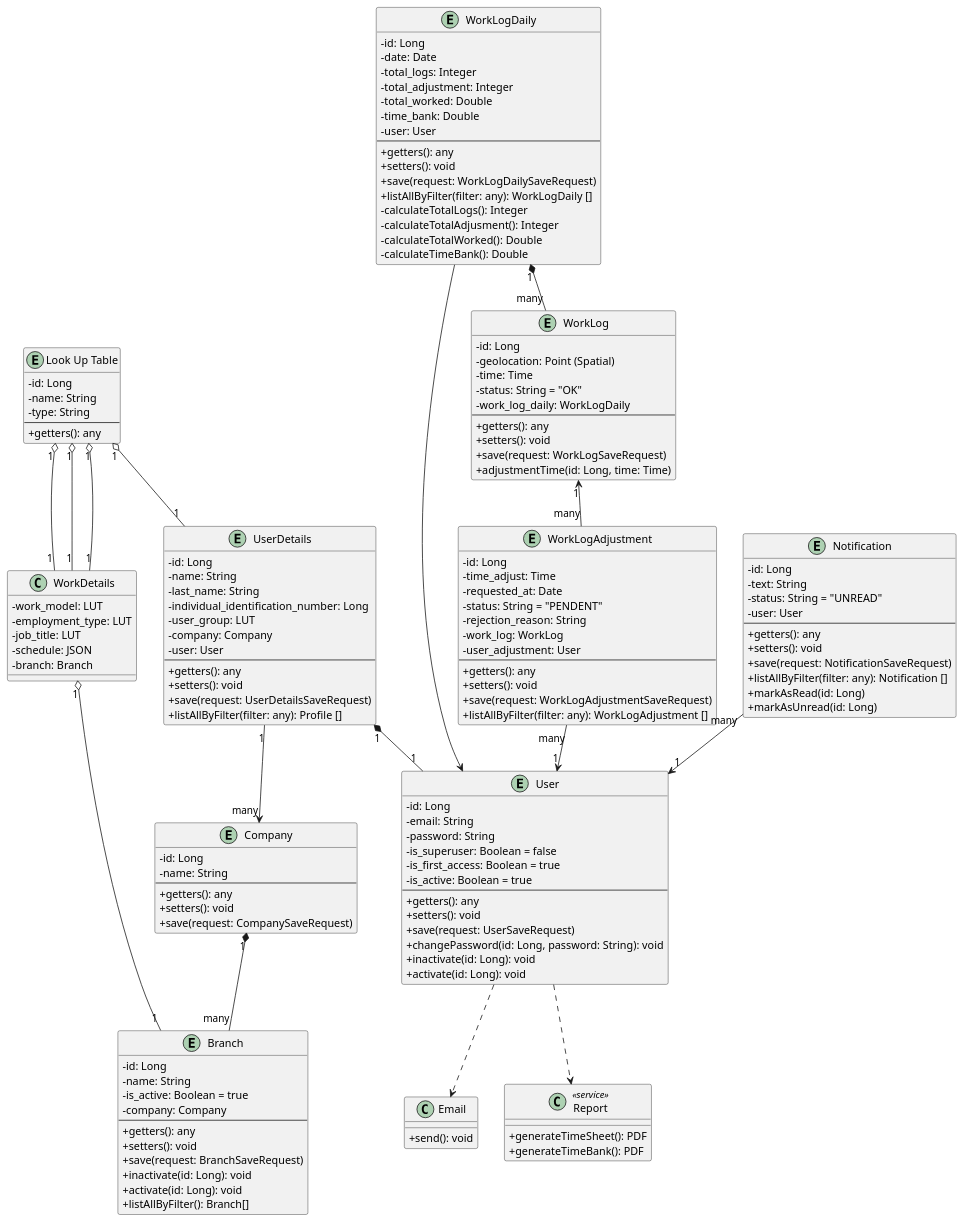
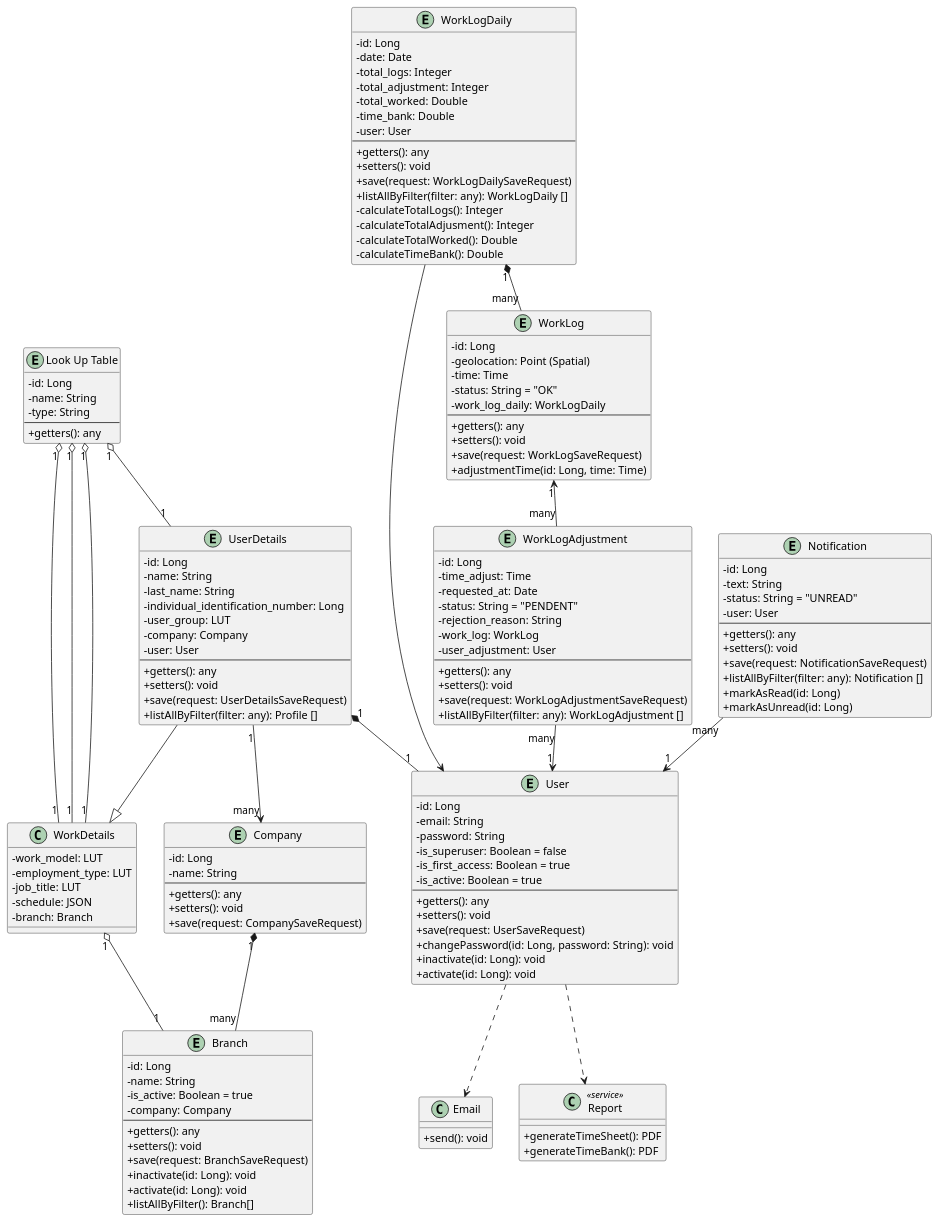
Before and after one commit to yamacinelli/toki: the diagram in docs/diagrams/business.wsd, drawn with PlantUML.

Commit message:
docs(diagram): adjust business diagram relationship

```diff
--- a/docs/diagrams/business.wsd
+++ b/docs/diagrams/business.wsd
@@ -1,190 +1,191 @@
-@startuml business_arch
+@startuml business
 
 skinparam classAttributeIconSize 0
 
 ' ===== LUT =====
 entity "Look Up Table" as LUT {
   - id: Long
   - name: String
   - type: String
   --
   + getters(): any
 }
 
 ' ===== Work Details =====
 class WorkDetails {
   - work_model: LUT
   - employment_type: LUT
   - job_title: LUT
   - schedule: JSON
   - branch: Branch
 }
 
 ' ===== Company =====
 entity Company {
   - id: Long
   - name: String
   --
   + getters(): any
   + setters(): void
   + save(request: CompanySaveRequest)
 }
 
 ' ===== Branch =====
 entity Branch {
   - id: Long
   - name: String
   - is_active: Boolean = true
   - company: Company
   --
   + getters(): any
   + setters(): void
   + save(request: BranchSaveRequest)
   + inactivate(id: Long): void
   + activate(id: Long): void
   + listAllByFilter(): Branch[]
 }
 
 ' ===== User Details =====
 entity UserDetails {
   - id: Long
   - name: String
   - last_name: String
   - individual_identification_number: Long
   - user_group: LUT
   - company: Company
   - user: User
   --
   + getters(): any
   + setters(): void
   + save(request: UserDetailsSaveRequest)
   + listAllByFilter(filter: any): Profile []
 }
 
 ' ===== User =====
 entity User {
   - id: Long
   - email: String
   - password: String
   - is_superuser: Boolean = false
   - is_first_access: Boolean = true
   - is_active: Boolean = true
   --
   + getters(): any
   + setters(): void
   + save(request: UserSaveRequest)
   + changePassword(id: Long, password: String): void
   + inactivate(id: Long): void
   + activate(id: Long): void
 }
 
 ' ===== Work Log =====
 entity WorkLog {
   - id: Long
   - geolocation: Point (Spatial)
   - time: Time
   - status: String = "OK"
   - work_log_daily: WorkLogDaily
   --
   + getters(): any
   + setters(): void
   + save(request: WorkLogSaveRequest)
   + adjustmentTime(id: Long, time: Time)
 }
 
 ' ===== Work Log Daily =====
 entity WorkLogDaily {
   - id: Long
   - date: Date
   - total_logs: Integer
   - total_adjustment: Integer
   - total_worked: Double
   - time_bank: Double
   - user: User
   --
   + getters(): any
   + setters(): void
   + save(request: WorkLogDailySaveRequest)
   + listAllByFilter(filter: any): WorkLogDaily []
   - calculateTotalLogs(): Integer
   - calculateTotalAdjusment(): Integer
   - calculateTotalWorked(): Double
   - calculateTimeBank(): Double
 }
 
 ' ===== Work Log Adjustment =====
 entity WorkLogAdjustment {
   - id: Long
   - time_adjust: Time
   - requested_at: Date
   - status: String = "PENDENT"
   - rejection_reason: String
   - work_log: WorkLog
   - user_adjustment: User
   --
   + getters(): any
   + setters(): void
   + save(request: WorkLogAdjustmentSaveRequest)
   + listAllByFilter(filter: any): WorkLogAdjustment []
 }
 
 ' ===== Notification =====
 entity Notification {
   - id: Long
   - text: String
   - status: String = "UNREAD"
   - user: User
   --
   + getters(): any
   + setters(): void
   + save(request: NotificationSaveRequest)
   + listAllByFilter(filter: any): Notification []
   + markAsRead(id: Long)
   + markAsUnread(id: Long)
 }
 
 ' ===== Email Service =====
 class Email {
   + send(): void
 }
 
 ' ===== Report Service =====
 class Report <<service>> {
   + generateTimeSheet(): PDF
   + generateTimeBank(): PDF
 }
 
 ' ===== Relationships =====
 
 ' LookUpTable LUT
 LUT "1" o-- "1" WorkDetails
 LUT "1" o-- "1" WorkDetails
 LUT "1" o-- "1" WorkDetails
 LUT "1" o-- "1" UserDetails
 
 ' Company
 Company "1" *-- "many" Branch
 
 ' UserDetails
 UserDetails "1" *-- "1" User
 UserDetails "1" --> "many" Company
+UserDetails --|> WorkDetails
 
 ' User dependencies (dashed)
 User ..> Email
 User ..> Report
 
 ' Notification
 Notification "many" --> "1" User
 
 ' WorkDetails
 WorkDetails "1" o-- "1" Branch
 
 ' WorkLogDaily
 WorkLogDaily "1" *-- "many" WorkLog
 WorkLog "1" <-- "many" WorkLogAdjustment
 WorkLogDaily --> User
 
 ' WorkLogAdjustment
 WorkLogAdjustment "many" --> "1" User
 
 @enduml
```
